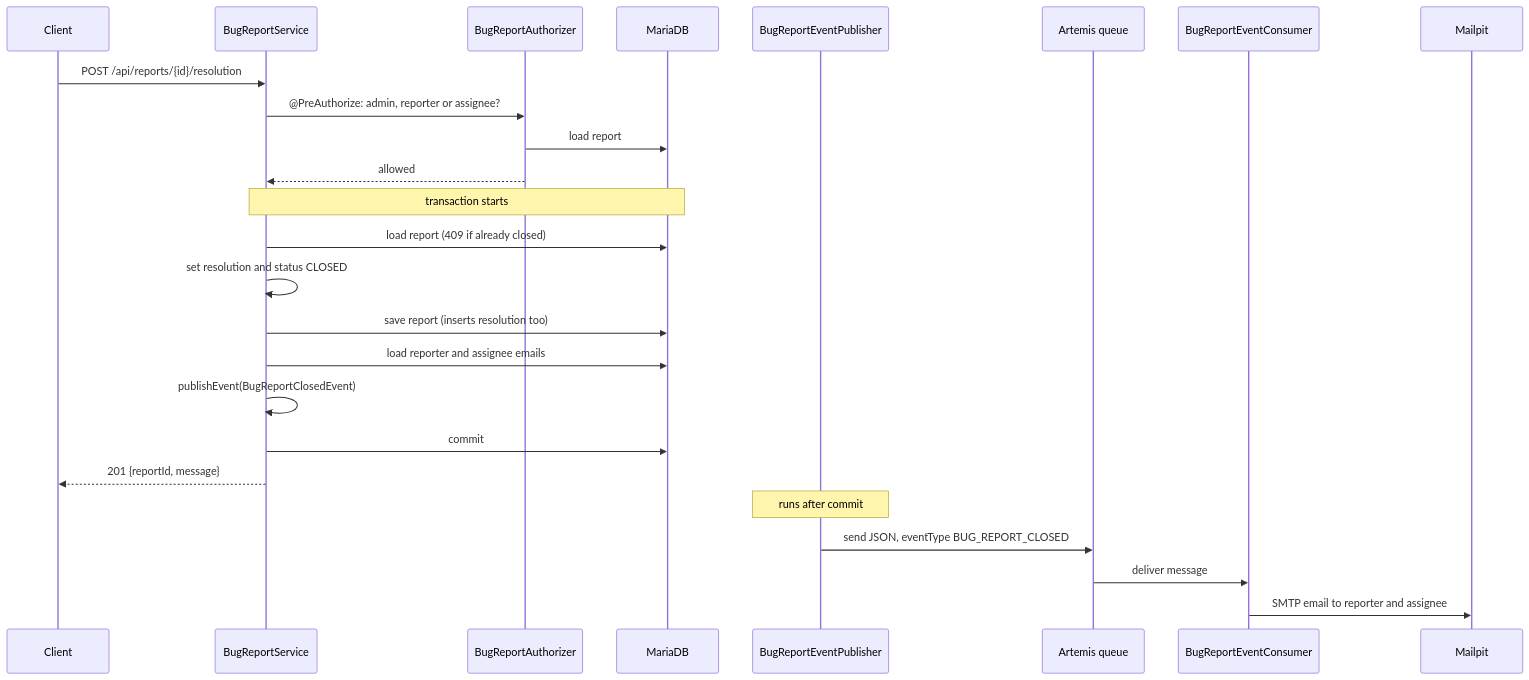
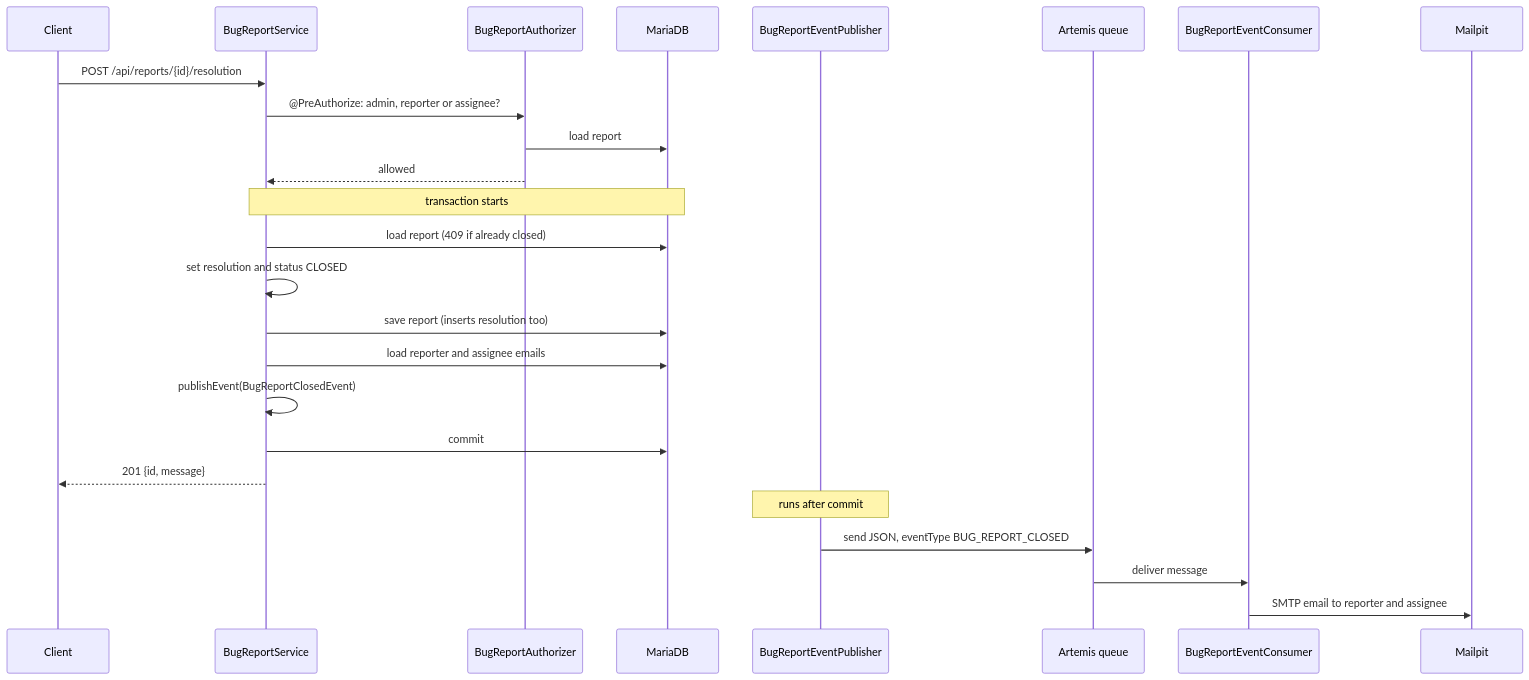
The third of 4 diagrams in docs/backend.md (ramys2/bug-report-system), drawn with Mermaid before and after one commit. The commit also changed 13 other files, not shown here.

````diff
--- a/docs/backend.md
+++ b/docs/backend.md
@@ -159,28 +159,28 @@
 ```mermaid
 sequenceDiagram
     participant C as Client
     participant S as BugReportService
     participant A as BugReportAuthorizer
     participant DB as MariaDB
     participant P as BugReportEventPublisher
     participant Q as Artemis queue
     participant L as BugReportEventConsumer
     participant M as Mailpit
 
     C->>S: POST /api/reports/{id}/resolution
     S->>A: @PreAuthorize: admin, reporter or assignee?
     A->>DB: load report
     A-->>S: allowed
     Note over S,DB: transaction starts
     S->>DB: load report (409 if already closed)
     S->>S: set resolution and status CLOSED
     S->>DB: save report (inserts resolution too)
     S->>DB: load reporter and assignee emails
     S->>S: publishEvent(BugReportClosedEvent)
     S->>DB: commit
-    S-->>C: 201 {reportId, message}
+    S-->>C: 201 {id, message}
     Note over P: runs after commit
     P->>Q: send JSON, eventType BUG_REPORT_CLOSED
     Q->>L: deliver message
     L->>M: SMTP email to reporter and assignee
 ```
````
